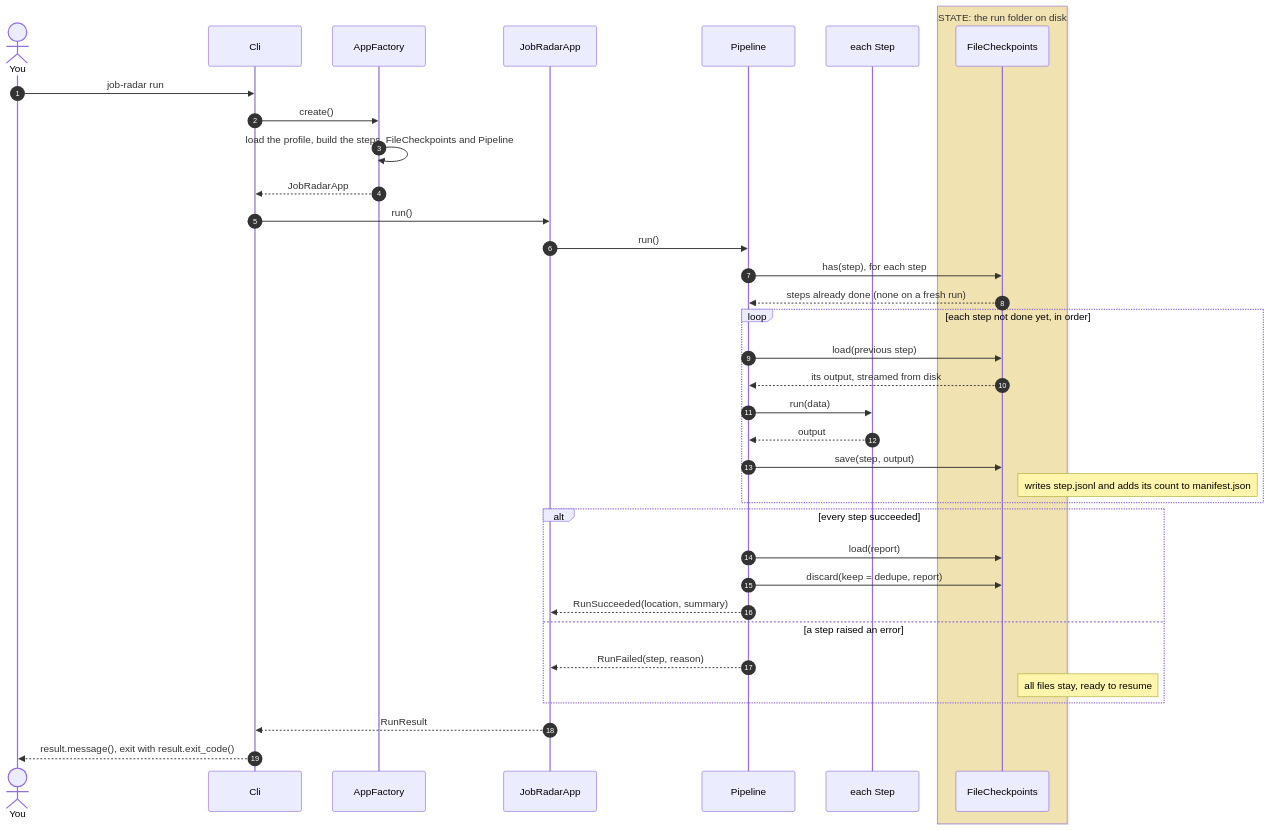
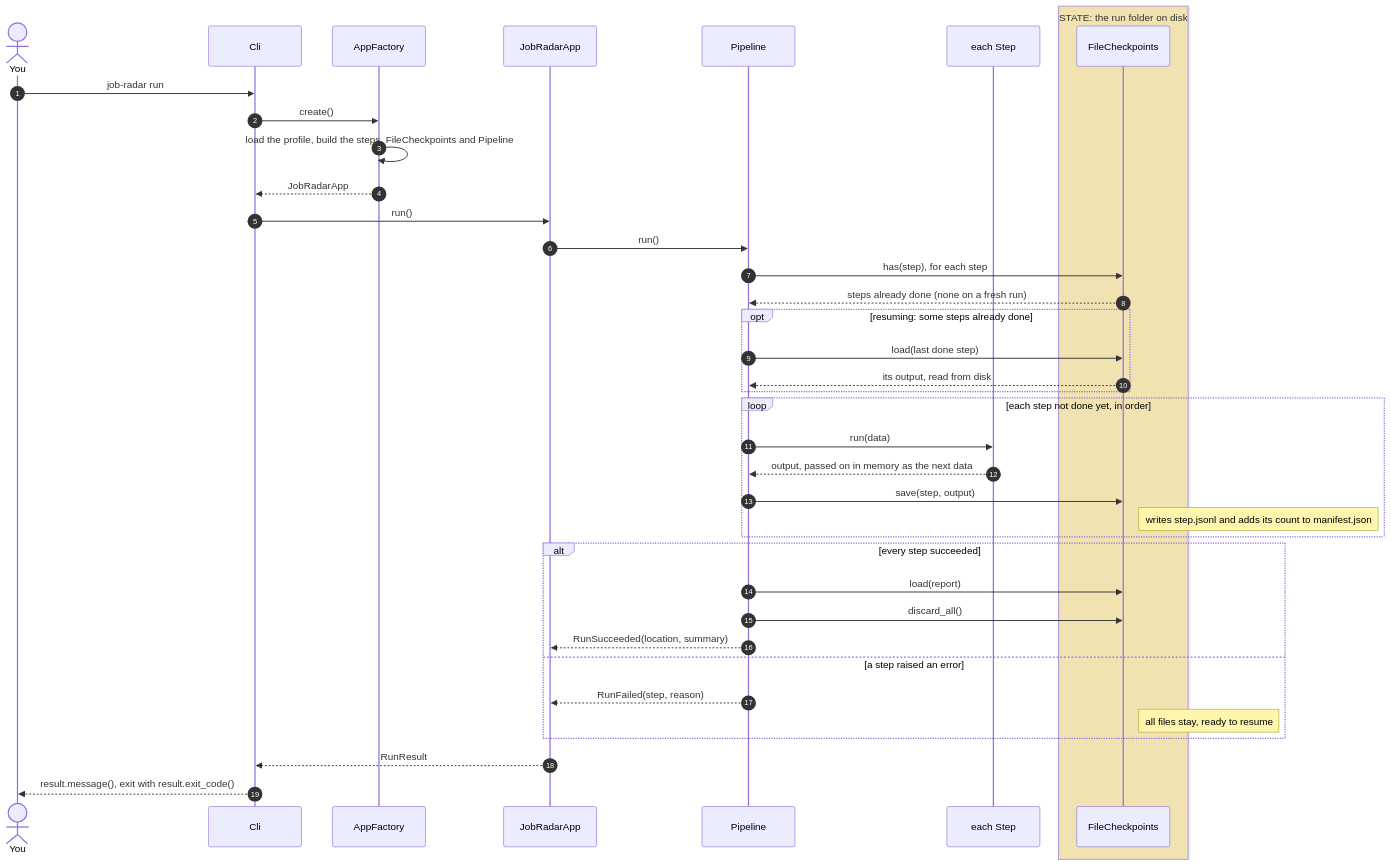
One commit to adailida/job-radar changed the third of 4 diagrams in docs/architecture.md. Above: the diagram before and after it, drawn with Mermaid. The commit also changed other lines of this file and 35 other files, not shown here.

````diff
--- a/docs/architecture.md
+++ b/docs/architecture.md
@@ -266,40 +265,42 @@
 ```mermaid
 sequenceDiagram
     autonumber
     actor U as You
     participant cli as Cli
     participant f as AppFactory
     participant app as JobRadarApp
     participant p as Pipeline
     participant s as each Step
     box rgba(255, 193, 7, 0.25) STATE: the run folder on disk
         participant cp as FileCheckpoints
     end
 
     U->>cli: job-radar run
     cli->>f: create()
     f->>f: load the profile, build the steps, FileCheckpoints and Pipeline
     f-->>cli: JobRadarApp
     cli->>app: run()
     app->>p: run()
     p->>cp: has(step), for each step
     cp-->>p: steps already done (none on a fresh run)
+    opt resuming: some steps already done
+        p->>cp: load(last done step)
+        cp-->>p: its output, read from disk
+    end
     loop each step not done yet, in order
-        p->>cp: load(previous step)
-        cp-->>p: its output, streamed from disk
         p->>s: run(data)
-        s-->>p: output
+        s-->>p: output, passed on in memory as the next data
         p->>cp: save(step, output)
         Note right of cp: writes step.jsonl and adds its count to manifest.json
     end
     alt every step succeeded
         p->>cp: load(report)
-        p->>cp: discard(keep = dedupe, report)
+        p->>cp: discard_all()
         p-->>app: RunSucceeded(location, summary)
     else a step raised an error
         p-->>app: RunFailed(step, reason)
         Note right of cp: all files stay, ready to resume
     end
     app-->>cli: RunResult
     cli-->>U: result.message(), exit with result.exit_code()
 ```
````
